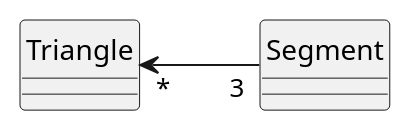
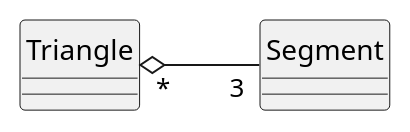
The fifth of 6 diagrams in Areas/CPP/Лекции/Lecture 9. Принципы ООП.md (MornaMeoi/notes), drawn with PlantUML before and after one commit. The commit also changed other lines of this file, not shown here.

````diff
--- a/Areas/CPP/Лекции/Lecture 9. Принципы ООП.md
+++ b/Areas/CPP/Лекции/Lecture 9. Принципы ООП.md
@@ -139,9 +139,9 @@
 ```plantuml
 @startuml
 hide circle
 left to right direction
 class Triangle
 class Segment
-Triangle "*" <-- "3" Segment
+Triangle "*" o-- "3" Segment
 @enduml
 ```
````
